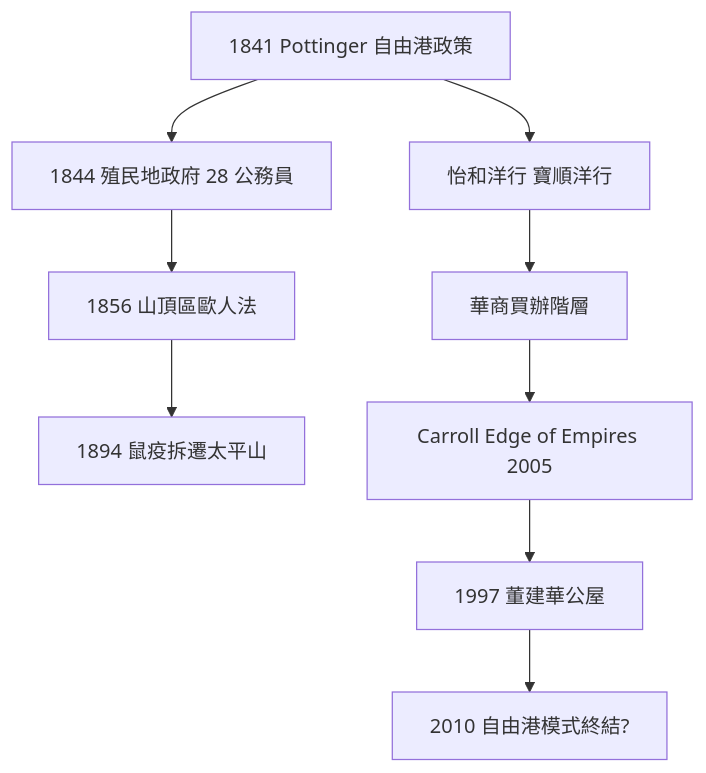
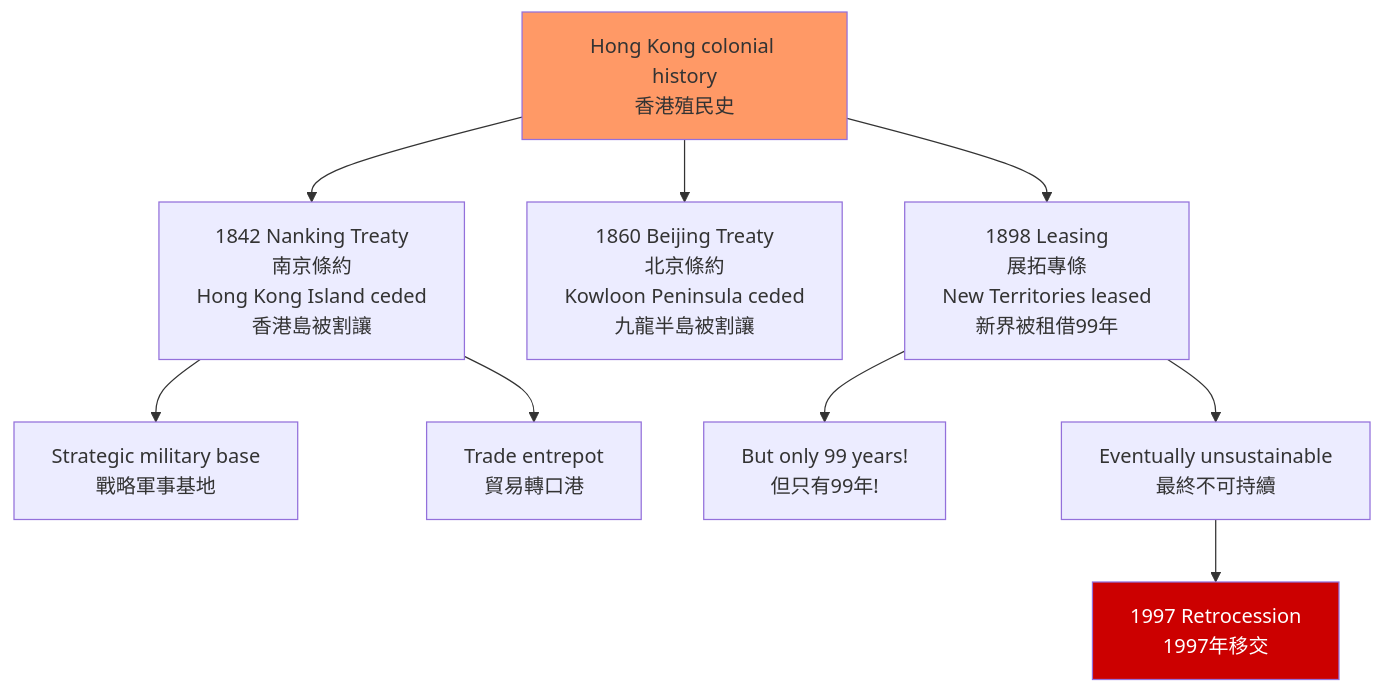
The first of 5 diagrams in 01_HKU_Courses/HIST1017_Modern_Hong_Kong.md (yip-lgtm/HKU-Harvard-History-Self-Study), drawn with Mermaid before and after one commit. The commit also changed other lines of this file and 25 other files, not shown here.

````diff
--- a/01_HKU_Courses/HIST1017_Modern_Hong_Kong.md
+++ b/01_HKU_Courses/HIST1017_Modern_Hong_Kong.md
@@ -186,11 +86,16 @@
 ```mermaid
 graph TD
-    A[1841 Pottinger 自由港政策] --> B[1844 殖民地政府 28 公務員]
-    B --> C[1856 山頂區歐人法]
-    C --> D[1894 鼠疫拆遷太平山]
-    A --> E[怡和洋行 寶順洋行]
-    E --> F[華商買辦階層]
-    F --> G[Carroll Edge of Empires 2005]
-    G --> H[1997 董建華公屋]
-    H --> I[2010 自由港模式終結?]
+    A[Hong Kong colonial history<br/>香港殖民史] --> B[1842 Nanking Treaty<br/>南京條約<br/>Hong Kong Island ceded<br/>香港島被割讓]
+    A --> C[1860 Beijing Treaty<br/>北京條約<br/>Kowloon Peninsula ceded<br/>九龍半島被割讓]
+    A --> D[1898 Leasing<br/>展拓專條<br/>New Territories leased<br/>新界被租借99年]
+    
+    B --> E[Strategic military base<br/>戰略軍事基地]
+    B --> F[Trade entrepot<br/>貿易轉口港]
+    
+    D --> G[But only 99 years!<br/>但只有99年!]
+    D --> H[Eventually unsustainable<br/>最終不可持續]
+    H --> I[1997 Retrocession<br/>1997年移交]
+    
+    style A fill:#f96
+    style I fill:#c00,color:#fff
 ```
````
